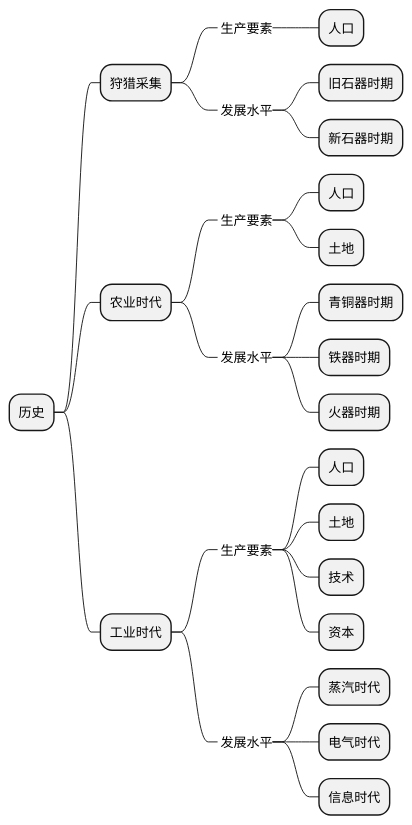
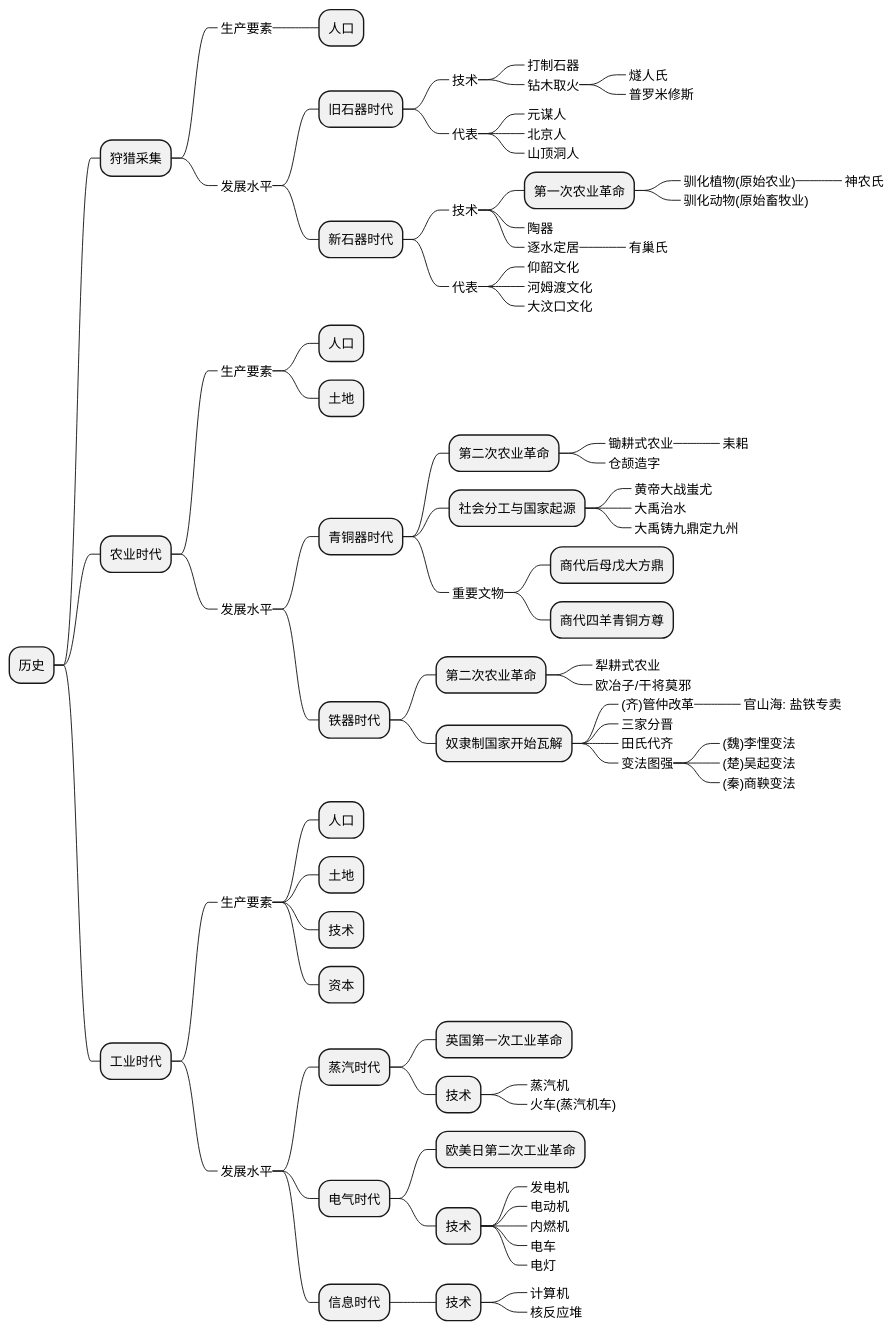
Before and after one commit to holmofy/blog.hufeifei.cn: the diagram in source/_posts/economic/economic_and_history.md, drawn with PlantUML.

````diff
--- a/source/_posts/economic/economic_and_history.md
+++ b/source/_posts/economic/economic_and_history.md
@@ -20,16 +20,59 @@
 +++_ 生产要素
 ++++ 人口
 +++_ 发展水平
-++++ 旧石器时期
-++++ 新石器时期
+++++ 旧石器时代
++++++_ 技术
+++++++_ 打制石器
+++++++_ 钻木取火
++++++++_ 燧人氏
++++++++_ 普罗米修斯
++++++_ 代表
+++++++_ 元谋人
+++++++_ 北京人
+++++++_ 山顶洞人
+++++ 新石器时代
++++++_ 技术
+++++++ 第一次农业革命
++++++++_ 驯化植物(原始农业)
+++++++++_ 神农氏
++++++++_ 驯化动物(原始畜牧业)
+++++++_ 陶器
+++++++_ 逐水定居
++++++++_ 有巢氏
++++++_ 代表
+++++++_ 仰韶文化
+++++++_ 河姆渡文化
+++++++_ 大汶口文化
 ++ 农业时代
 +++_ 生产要素
 ++++ 人口
 ++++ 土地
 +++_ 发展水平
-++++ 青铜器时期
-++++ 铁器时期
-++++ 火器时期
+++++ 青铜器时代
++++++ 第二次农业革命
+++++++_ 锄耕式农业
++++++++_ 耒耜
+++++++_ 仓颉造字
++++++ 社会分工与国家起源
+++++++_ 黄帝大战蚩尤
+++++++_ 大禹治水
+++++++_ 大禹铸九鼎定九州
++++++_ 重要文物
+++++++ 商代后母戊大方鼎
+++++++ 商代四羊青铜方尊
+++++ 铁器时代
++++++ 第二次农业革命
+++++++_ 犁耕式农业
+++++++_ 欧冶子/干将莫邪
++++++ 奴隶制国家开始瓦解
+++++++_ (齐)管仲改革
++++++++_ 官山海: 盐铁专卖
+++++++_ 三家分晋
+++++++_ 田氏代齐
+++++++_ 变法图强
++++++++_ (魏)李悝变法
++++++++_ (楚)吴起变法
++++++++_ (秦)商鞅变法
 ++ 工业时代
 +++_ 生产要素
 ++++ 人口
@@ -38,7 +81,21 @@
 ++++ 资本
 +++_ 发展水平
 ++++ 蒸汽时代
++++++ 英国第一次工业革命
++++++ 技术
+++++++_ 蒸汽机
+++++++_ 火车(蒸汽机车)
 ++++ 电气时代
++++++ 欧美日第二次工业革命
++++++ 技术
+++++++_ 发电机
+++++++_ 电动机
+++++++_ 内燃机
+++++++_ 电车
+++++++_ 电灯
 ++++ 信息时代
++++++ 技术
+++++++_ 计算机
+++++++_ 核反应堆
 @endmindmap
 ```
````
